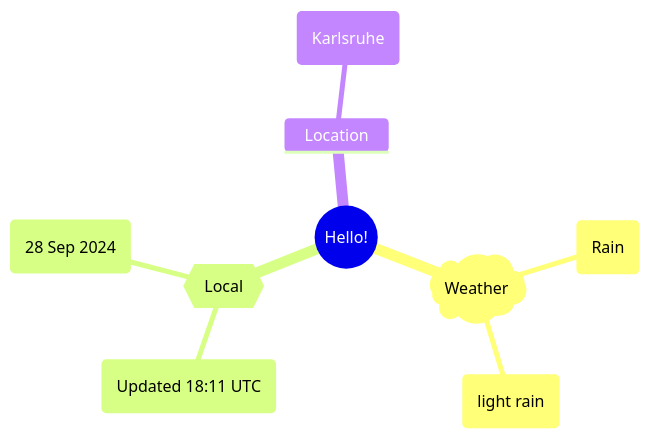
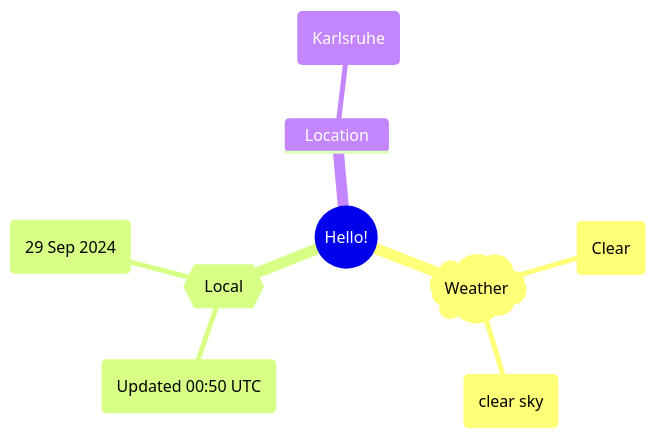
One commit to Xosrov/Xosrov changed the first of 2 diagrams in README.md. Above: the diagram before and after it, drawn with Mermaid.

Commit message:
[bot] updated images

````diff
--- a/README.md
+++ b/README.md
@@ -3,12 +3,12 @@
 ```mermaid
 mindmap
   root((Hello!))
     )Weather(
-        (Rain)
-        (light rain)
+        (Clear)
+        (clear sky)
     {{Local}}
-        (Updated 18:11 UTC)
-        (28 Sep 2024)
+        (Updated 00:50 UTC)
+        (29 Sep 2024)
     Location
         (Karlsruhe)
 ```
````
